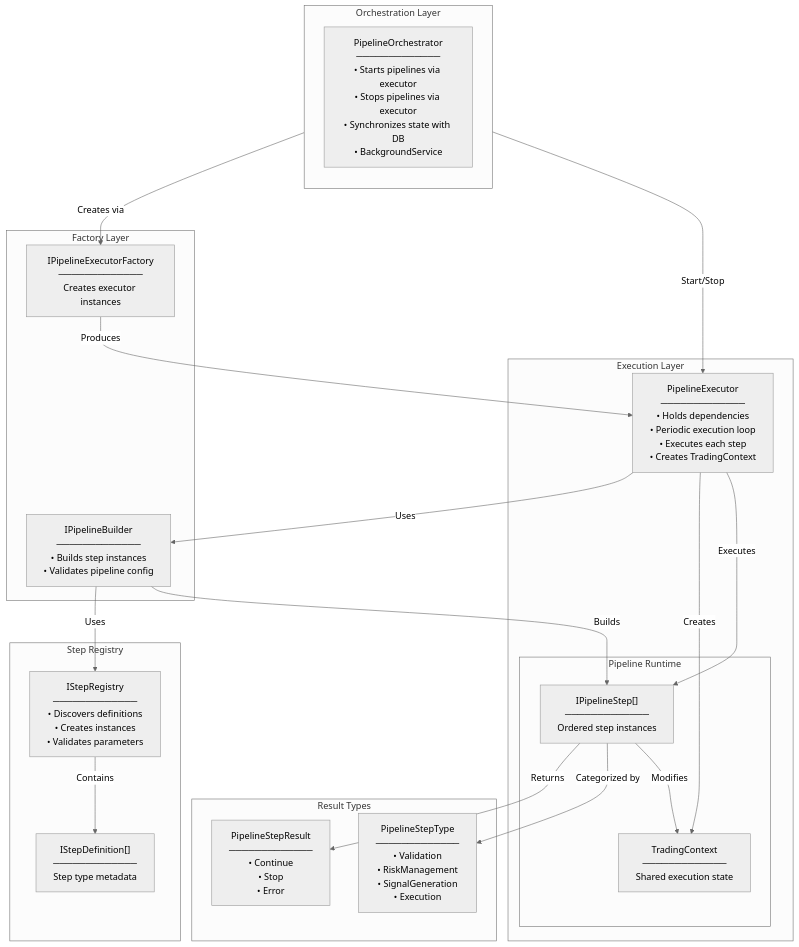
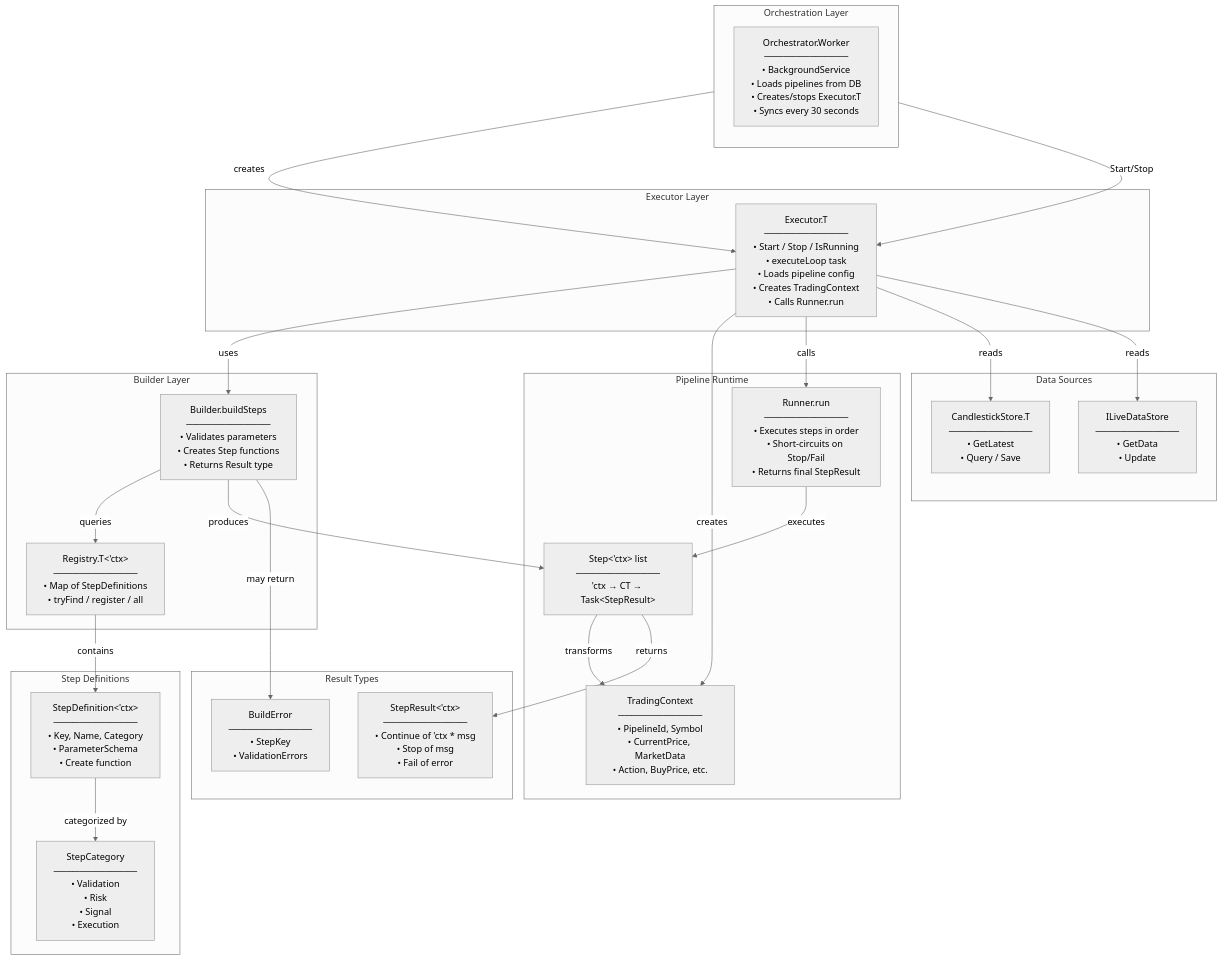
Before and after one commit to ihordyrman/Warehouse: the diagram in diagrams/pipelines-overview.mmd, drawn with Mermaid (neutral theme). The commit also changed 1 other file, not shown here.

Commit message:
Update diagrams

```diff
--- a/diagrams/pipelines-overview.mmd
+++ b/diagrams/pipelines-overview.mmd
@@ -1,42 +1,51 @@
 flowchart TB
     subgraph Orchestration["Orchestration Layer"]
         direction TB
-        Orchestrator["PipelineOrchestrator<br/>─────────────<br/>• Starts pipelines via executor<br/>• Stops pipelines via executor<br/>• Synchronizes state with DB<br/>• BackgroundService"]
+        Orchestrator["Orchestrator.Worker<br/>─────────────<br/>• BackgroundService<br/>• Loads pipelines from DB<br/>• Creates/stops Executor.T<br/>• Syncs every 30 seconds"]
     end
 
-    subgraph Factory["Factory Layer"]
-        ExecutorFactory["IPipelineExecutorFactory<br/>─────────────<br/>Creates executor instances"]
-        Builder["IPipelineBuilder<br/>─────────────<br/>• Builds step instances<br/>• Validates pipeline config"]
+    subgraph ExecutorLayer["Executor Layer"]
+        Executor["Executor.T<br/>─────────────<br/>• Start / Stop / IsRunning<br/>• executeLoop task<br/>• Loads pipeline config<br/>• Creates TradingContext<br/>• Calls Runner.run"]
     end
 
-    subgraph Execution["Execution Layer"]
-        Executor["PipelineExecutor<br/>─────────────<br/>• Holds dependencies<br/>• Periodic execution loop<br/>• Executes each step<br/>• Creates TradingContext"]
+    subgraph BuilderLayer["Builder Layer"]
+        Builder["Builder.buildSteps<br/>─────────────<br/>• Validates parameters<br/>• Creates Step functions<br/>• Returns Result type"]
+        Registry["Registry.T&lt;'ctx&gt;<br/>─────────────<br/>• Map of StepDefinitions<br/>• tryFind / register / all"]
+    end
 
-        subgraph PipelineInstance["Pipeline Runtime"]
-            Steps["IPipelineStep[]<br/>─────────────<br/>Ordered step instances"]
-            Context["TradingContext<br/>─────────────<br/>Shared execution state"]
-        end
+    subgraph PipelineRuntime["Pipeline Runtime"]
+        Runner["Runner.run<br/>─────────────<br/>• Executes steps in order<br/>• Short-circuits on Stop/Fail<br/>• Returns final StepResult"]
+        Steps["Step&lt;'ctx&gt; list<br/>─────────────<br/>'ctx → CT → Task&lt;StepResult&gt;"]
+        Context["TradingContext<br/>─────────────<br/>• PipelineId, Symbol<br/>• CurrentPrice, MarketData<br/>• Action, BuyPrice, etc."]
+    end
+
+    subgraph StepTypes["Step Definitions"]
+        StepDef["StepDefinition&lt;'ctx&gt;<br/>─────────────<br/>• Key, Name, Category<br/>• ParameterSchema<br/>• Create function"]
+        Categories["StepCategory<br/>─────────────<br/>• Validation<br/>• Risk<br/>• Signal<br/>• Execution"]
     end
 
     subgraph Results["Result Types"]
-        StepResult["PipelineStepResult<br/>─────────────<br/>• Continue<br/>• Stop<br/>• Error"]
-        StepType["PipelineStepType<br/>─────────────<br/>• Validation<br/>• RiskManagement<br/>• SignalGeneration<br/>• Execution"]
+        StepResult["StepResult&lt;'ctx&gt;<br/>─────────────<br/>• Continue of 'ctx * msg<br/>• Stop of msg<br/>• Fail of error"]
+        BuildResult["BuildError<br/>─────────────<br/>• StepKey<br/>• ValidationErrors"]
     end
 
-    subgraph Registry["Step Registry"]
-        StepRegistry["IStepRegistry<br/>─────────────<br/>• Discovers definitions<br/>• Creates instances<br/>• Validates parameters"]
-        StepDef["IStepDefinition[]<br/>─────────────<br/>Step type metadata"]
+    subgraph DataSources["Data Sources"]
+        CandlestickStore["CandlestickStore.T<br/>─────────────<br/>• GetLatest<br/>• Query / Save"]
+        LiveDataStore["ILiveDataStore<br/>─────────────<br/>• GetData<br/>• Update"]
     end
 
-    Orchestrator -->|"Creates via"| ExecutorFactory
-    ExecutorFactory -->|"Produces"| Executor
-    Orchestrator -->|"Start/Stop"| Executor
-    Builder -->|"Uses"| StepRegistry
-    StepRegistry -->|"Contains"| StepDef
-    Executor -->|"Uses"| Builder
-    Builder -->|"Builds"| Steps
-    Executor -->|"Creates"| Context
-    Executor -->|"Executes"| Steps
-    Steps -->|"Returns"| StepResult
-    Steps -->|"Categorized by"| StepType
-    Steps -->|"Modifies"| Context
+    Orchestrator -->|" creates "| Executor
+    Orchestrator -->|" Start/Stop "| Executor
+    Executor -->|" uses "| Builder
+    Builder -->|" queries "| Registry
+    Registry -->|" contains "| StepDef
+    StepDef -->|" categorized by "| Categories
+    Builder -->|" produces "| Steps
+    Builder -->|" may return "| BuildResult
+    Executor -->|" creates "| Context
+    Executor -->|" calls "| Runner
+    Runner -->|" executes "| Steps
+    Steps -->|" transforms "| Context
+    Steps -->|" returns "| StepResult
+    Executor -->|" reads "| CandlestickStore
+    Executor -->|" reads "| LiveDataStore
```
